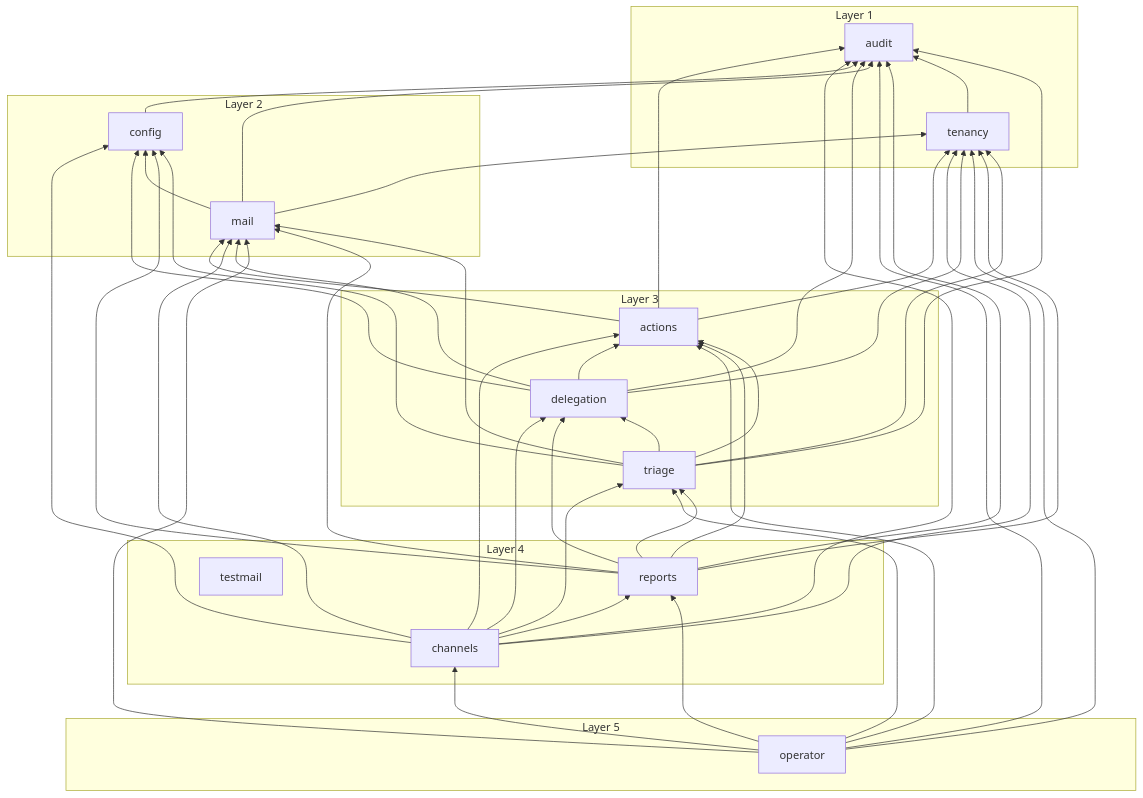
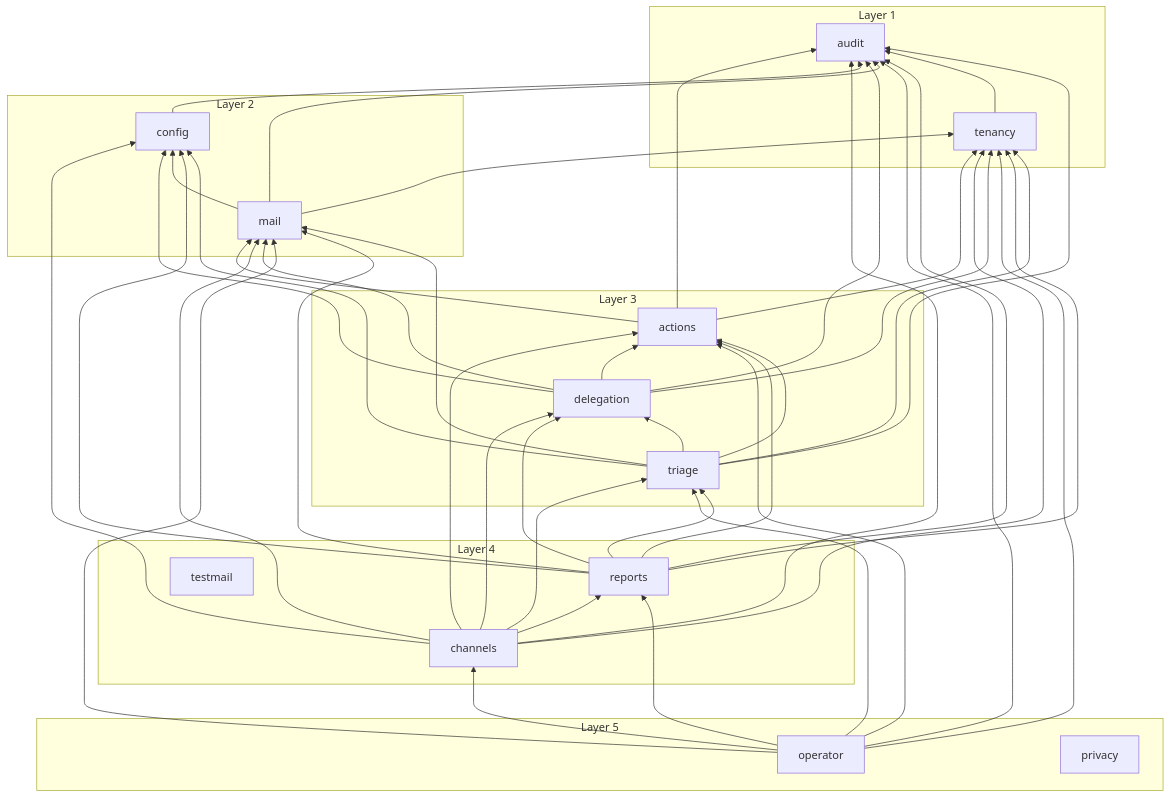
The diagram in docs/diagrams/module-graph.md (Artexs/email_assistant), drawn with Mermaid before and after one commit. The commit also changed 14 other files, not shown here.

````diff
--- a/docs/diagrams/module-graph.md
+++ b/docs/diagrams/module-graph.md
@@ -7,65 +7,66 @@
 ```mermaid
 flowchart BT
   subgraph group1["Layer 1"]
     audit
     tenancy
   end
   subgraph group2["Layer 2"]
     config
     mail
   end
   subgraph group3["Layer 3"]
     triage
     actions
     delegation
   end
   subgraph group4["Layer 4"]
     reports
     channels
     testmail
   end
   subgraph group5["Layer 5"]
     operator
+    privacy
   end
   actions --> audit
   actions --> mail
   actions --> tenancy
   channels --> actions
   channels --> audit
   channels --> config
   channels --> delegation
   channels --> mail
   channels --> reports
   channels --> tenancy
   channels --> triage
   config --> audit
   delegation --> actions
   delegation --> audit
   delegation --> config
   delegation --> mail
   delegation --> tenancy
   mail --> audit
   mail --> config
   mail --> tenancy
   operator --> actions
   operator --> audit
   operator --> channels
   operator --> mail
   operator --> reports
   operator --> tenancy
   operator --> triage
   reports --> actions
   reports --> audit
   reports --> config
   reports --> delegation
   reports --> mail
   reports --> tenancy
   reports --> triage
   tenancy --> audit
   triage --> actions
   triage --> audit
   triage --> config
   triage --> delegation
   triage --> mail
   triage --> tenancy
 ```
````
